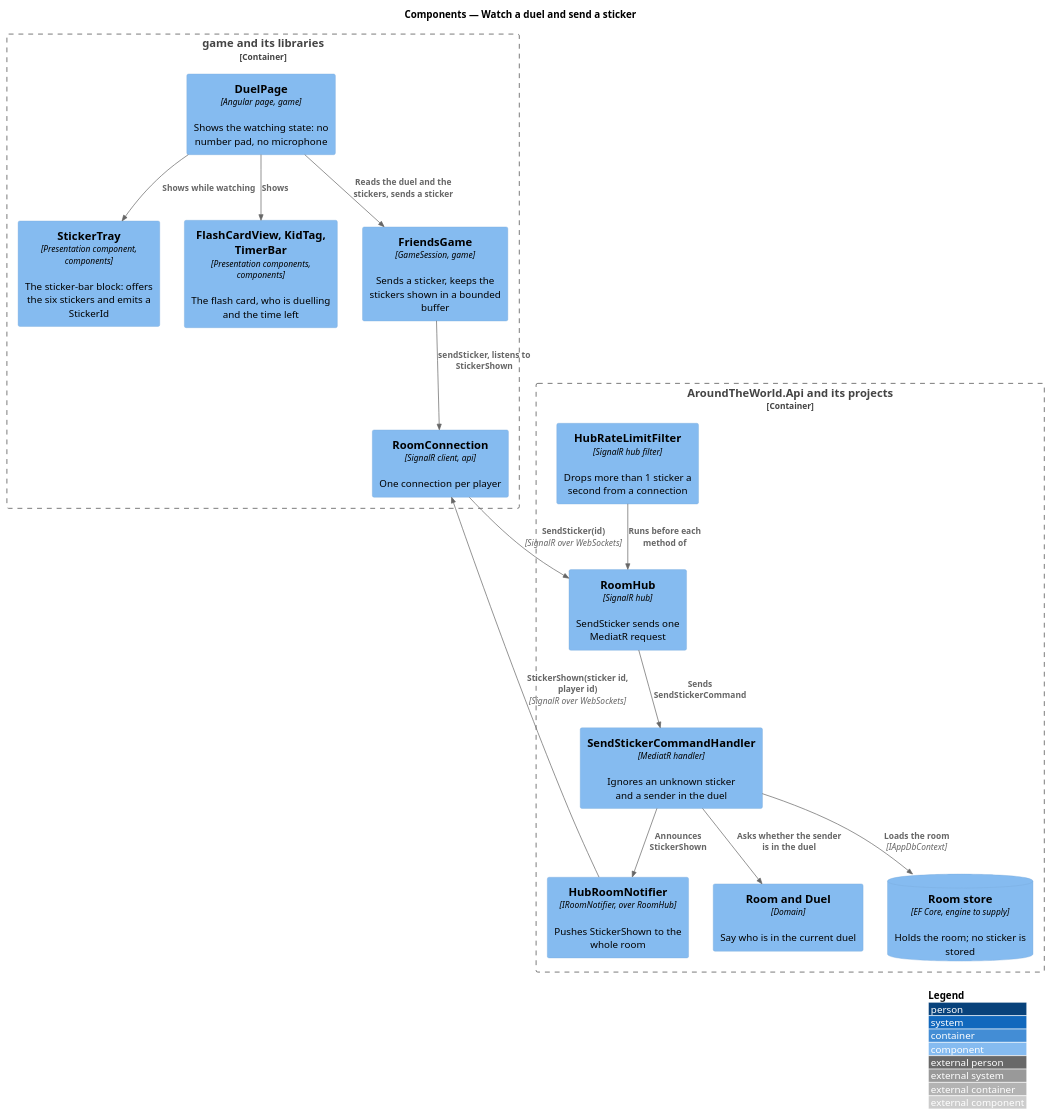
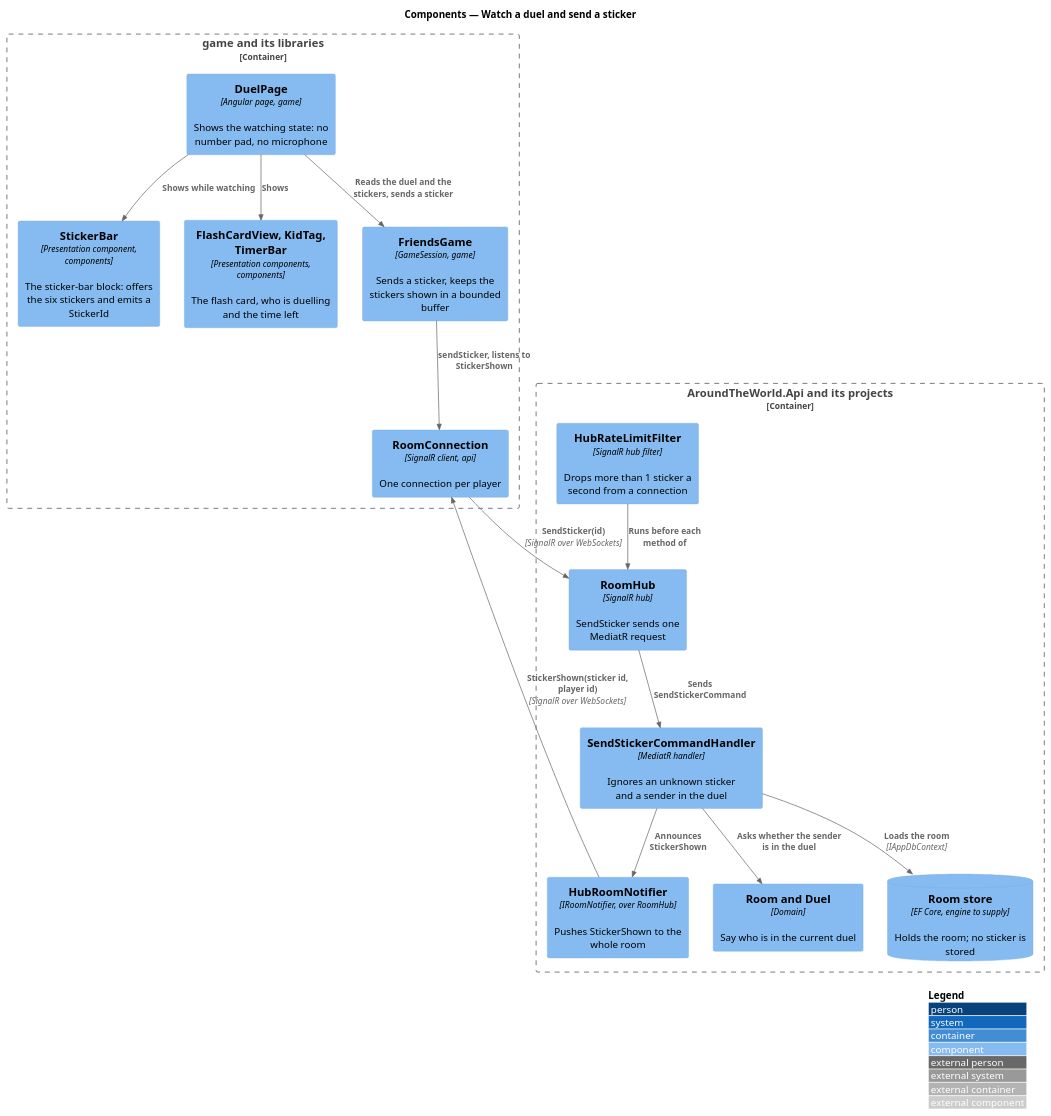
Before and after one commit to QuinntyneBrown/around-the-world: the diagram in docs/detailed-designs/rooms/watch-duel-and-send-sticker/diagrams/c4-component.puml, drawn with PlantUML. The commit also changed 12 other files, not shown here.

```diff
--- a/docs/detailed-designs/rooms/watch-duel-and-send-sticker/diagrams/c4-component.puml
+++ b/docs/detailed-designs/rooms/watch-duel-and-send-sticker/diagrams/c4-component.puml
@@ -1,32 +1,32 @@
 @startuml
 !include <C4/C4_Component>
 LAYOUT_WITH_LEGEND()
 title Components — Watch a duel and send a sticker
 
 Container_Boundary(game, "game and its libraries") {
   Component(page, "DuelPage", "Angular page, game", "Shows the watching state: no number pad, no microphone")
-  Component(tray, "StickerTray", "Presentation component, components", "The sticker-bar block: offers the six stickers and emits a StickerId")
+  Component(tray, "StickerBar", "Presentation component, components", "The sticker-bar block: offers the six stickers and emits a StickerId")
   Component(card, "FlashCardView, KidTag, TimerBar", "Presentation components, components", "The flash card, who is duelling and the time left")
   Component(session, "FriendsGame", "GameSession, game", "Sends a sticker, keeps the stickers shown in a bounded buffer")
   Component(conn, "RoomConnection", "SignalR client, api", "One connection per player")
 }
 Container_Boundary(api, "AroundTheWorld.Api and its projects") {
   Component(hub, "RoomHub", "SignalR hub", "SendSticker sends one MediatR request")
   Component(limit, "HubRateLimitFilter", "SignalR hub filter", "Drops more than 1 sticker a second from a connection")
   Component(handler, "SendStickerCommandHandler", "MediatR handler", "Ignores an unknown sticker and a sender in the duel")
   Component(room, "Room and Duel", "Domain", "Say who is in the current duel")
   Component(notifier, "HubRoomNotifier", "IRoomNotifier, over RoomHub", "Pushes StickerShown to the whole room")
   ComponentDb(store, "Room store", "EF Core, engine to supply", "Holds the room; no sticker is stored")
 }
 Rel(page, card, "Shows")
 Rel(page, tray, "Shows while watching")
 Rel(page, session, "Reads the duel and the stickers, sends a sticker")
 Rel(session, conn, "sendSticker, listens to StickerShown")
 Rel(conn, hub, "SendSticker(id)", "SignalR over WebSockets")
 Rel(limit, hub, "Runs before each method of")
 Rel(hub, handler, "Sends SendStickerCommand")
 Rel(handler, store, "Loads the room", "IAppDbContext")
 Rel(handler, room, "Asks whether the sender is in the duel")
 Rel(handler, notifier, "Announces StickerShown")
 Rel(notifier, conn, "StickerShown(sticker id, player id)", "SignalR over WebSockets")
 @enduml
```
